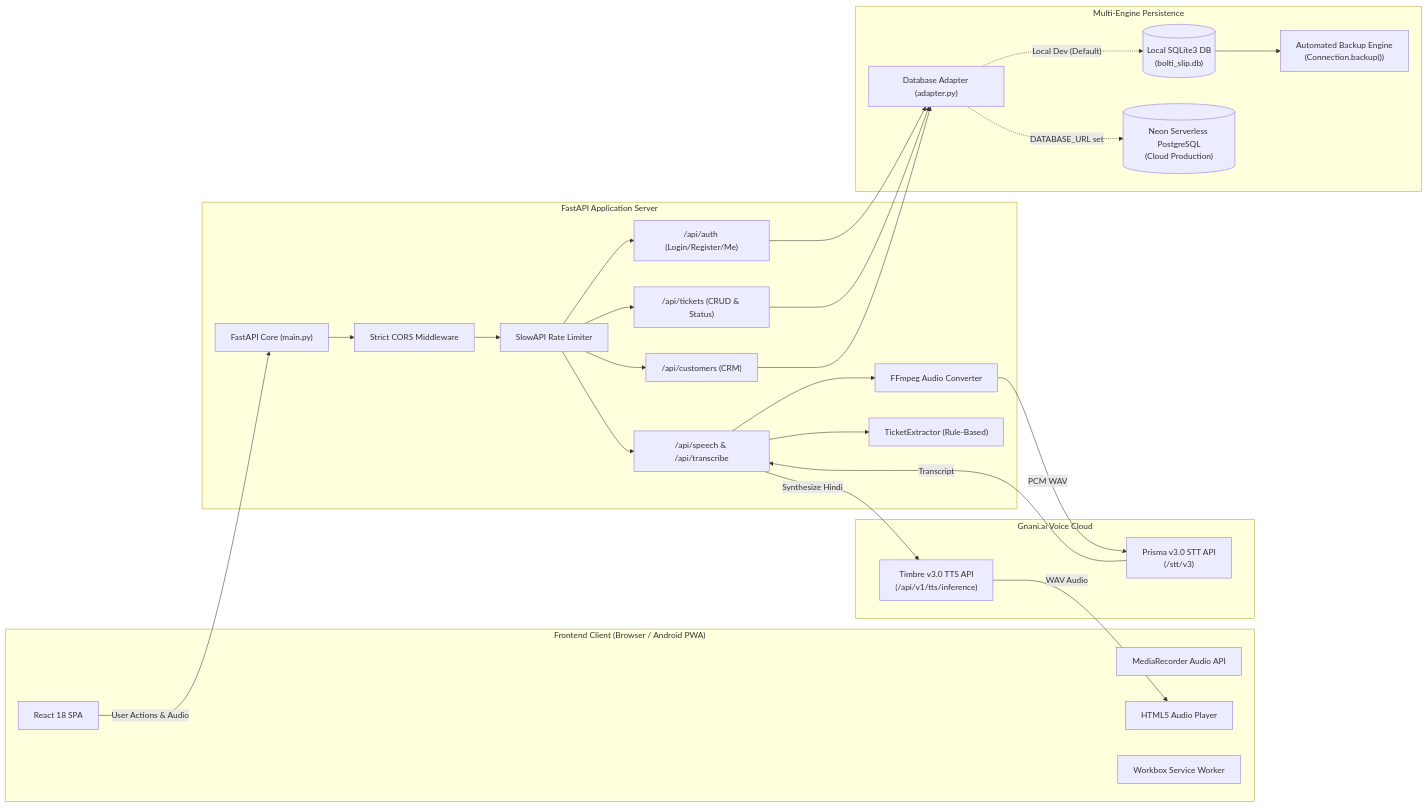
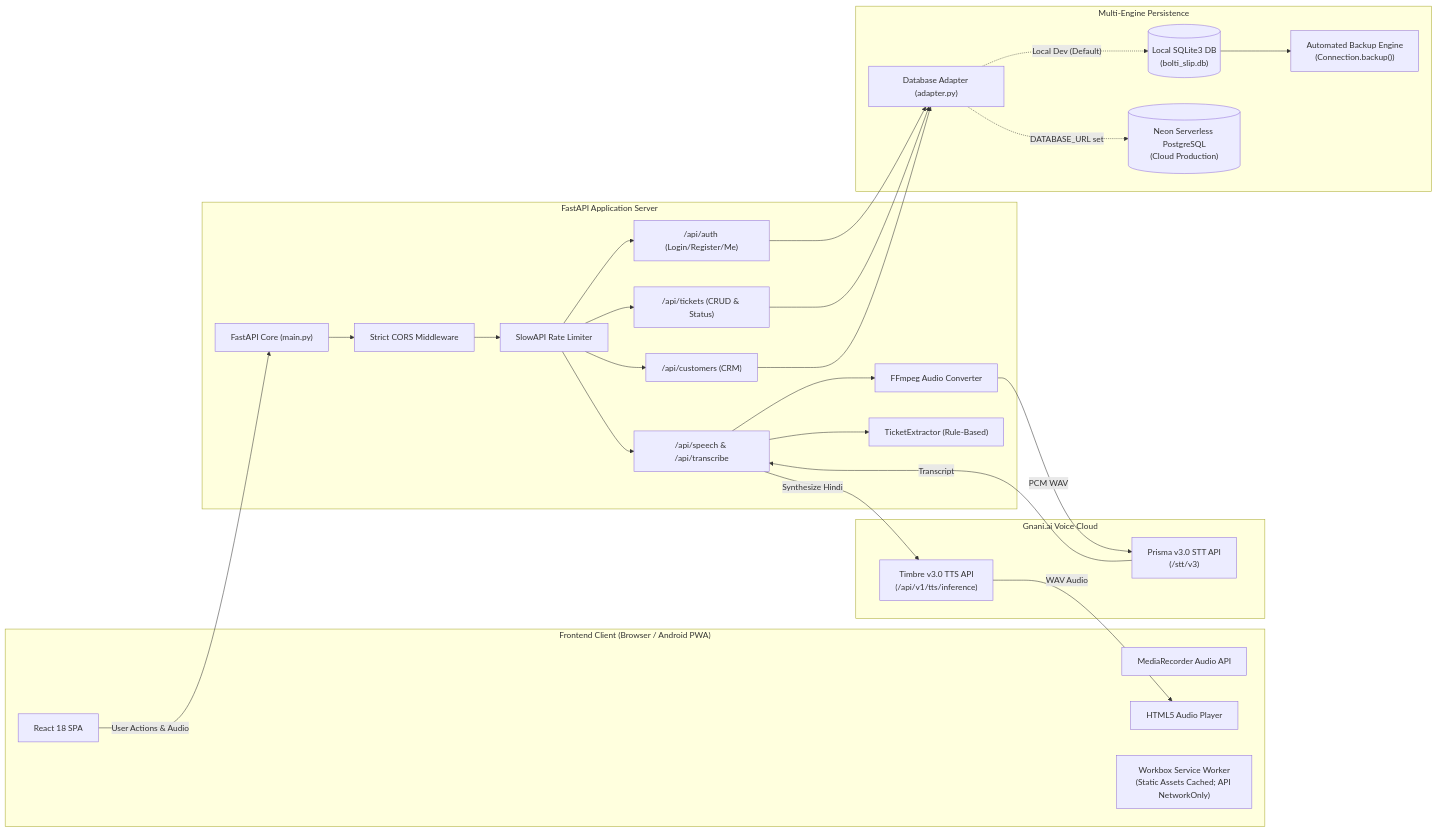
The second of 2 diagrams in README.md (KankurtiMohammadZiyaouddin/Bolti-Slip), drawn with Mermaid before and after one commit. The commit also changed other lines of this file and 1 other file, not shown here.

````diff
--- a/README.md
+++ b/README.md
@@ -263,55 +266,55 @@
 ```mermaid
 flowchart LR
     subgraph ClientLayer["Frontend Client (Browser / Android PWA)"]
         UI["React 18 SPA"]
         REC["MediaRecorder Audio API"]
         PLAYER["HTML5 Audio Player"]
-        SW["Workbox Service Worker"]
+        SW["Workbox Service Worker<br/>(Static Assets Cached; API NetworkOnly)"]
     end
 
     subgraph APILayer["FastAPI Application Server"]
         MAIN["FastAPI Core (main.py)"]
         CORS["Strict CORS Middleware"]
         LIMITER["SlowAPI Rate Limiter"]
         AUTH_ROUTER["/api/auth (Login/Register/Me)"]
         TICKETS_ROUTER["/api/tickets (CRUD & Status)"]
         SPEECH_ROUTER["/api/speech & /api/transcribe"]
         CUSTOMERS_ROUTER["/api/customers (CRM)"]
         CONVERTER["FFmpeg Audio Converter"]
         EXTRACTOR["TicketExtractor (Rule-Based)"]
     end
 
     subgraph GnaniServices["Gnani.ai Voice Cloud"]
         PRISMA_API["Prisma v3.0 STT API<br/>(/stt/v3)"]
         TIMBRE_API["Timbre v3.0 TTS API<br/>(/api/v1/tts/inference)"]
     end
 
     subgraph DataLayer["Multi-Engine Persistence"]
         ADAPTER["Database Adapter (adapter.py)"]
         SQLITE_DB[("Local SQLite3 DB<br/>(bolti_slip.db)")]
         BACKUP_SVC["Automated Backup Engine<br/>(Connection.backup())"]
         NEON_PG[("Neon Serverless PostgreSQL<br/>(Cloud Production)")]
     end
 
     UI -->|"User Actions & Audio"| MAIN
     MAIN --> CORS --> LIMITER
     LIMITER --> AUTH_ROUTER
     LIMITER --> TICKETS_ROUTER
     LIMITER --> SPEECH_ROUTER
     LIMITER --> CUSTOMERS_ROUTER
 
     SPEECH_ROUTER --> CONVERTER
     CONVERTER -->|"PCM WAV"| PRISMA_API
     PRISMA_API -->|"Transcript"| SPEECH_ROUTER
     SPEECH_ROUTER --> EXTRACTOR
     SPEECH_ROUTER -->|"Synthesize Hindi"| TIMBRE_API
     TIMBRE_API -->|"WAV Audio"| PLAYER
 
     AUTH_ROUTER --> ADAPTER
     TICKETS_ROUTER --> ADAPTER
     CUSTOMERS_ROUTER --> ADAPTER
 
     ADAPTER -.->|"Local Dev (Default)"| SQLITE_DB
     ADAPTER -.->|"DATABASE_URL set"| NEON_PG
     SQLITE_DB --> BACKUP_SVC
 ```
````
